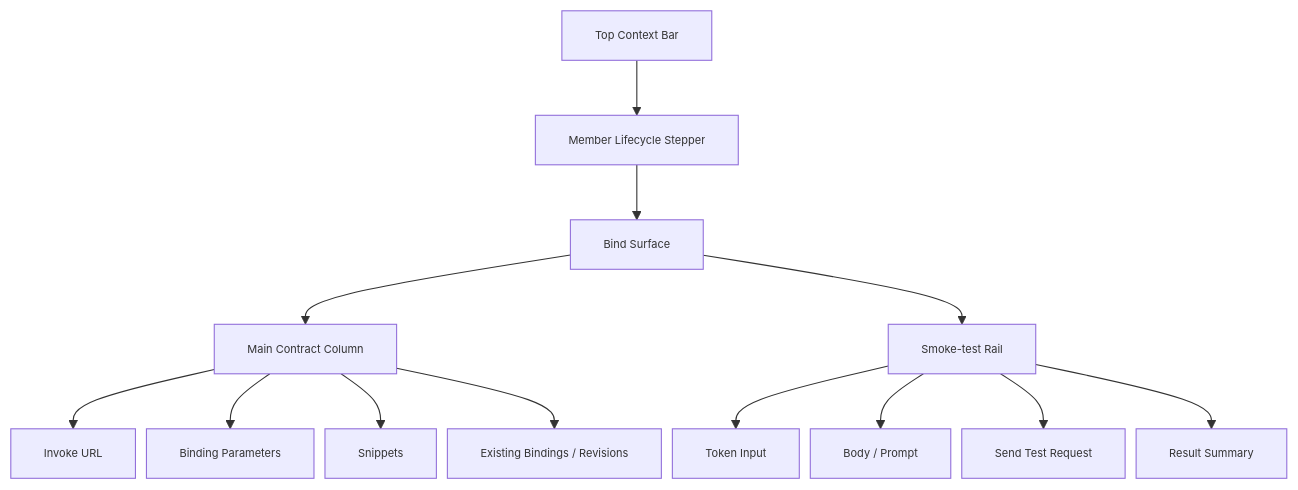
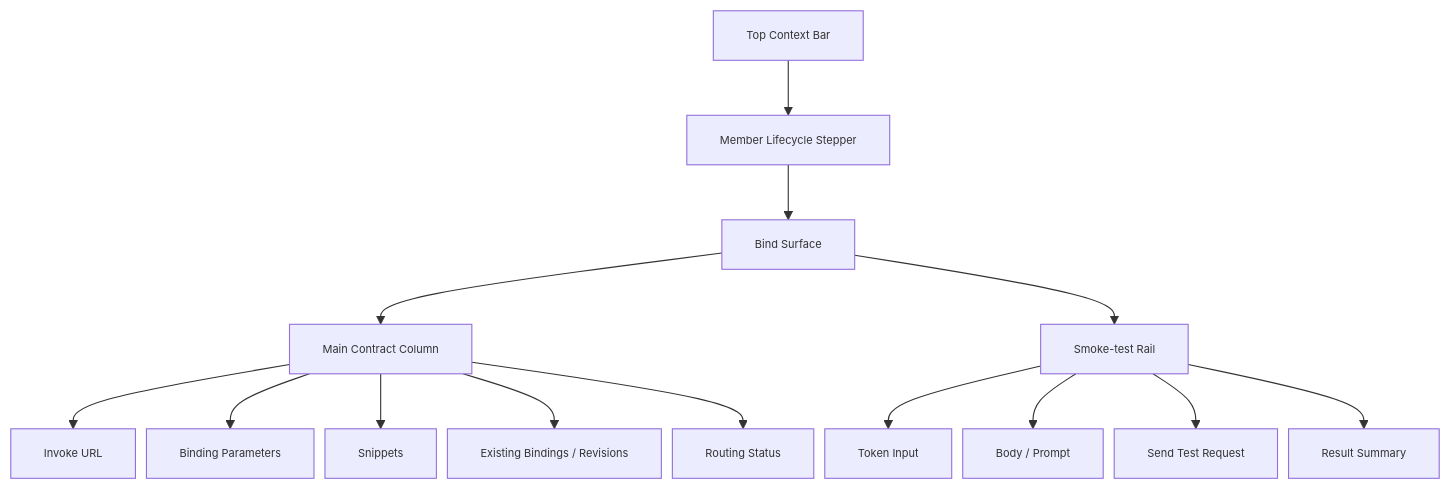
One commit to aevatarAI/aevatar changed the diagram in docs/design/2026-04-21-studio-workflow-bind-information-architecture.md. Above: the diagram before and after it, drawn with Mermaid. The commit also changed other lines of this file and 10 other files, not shown here.

````diff
--- a/docs/design/2026-04-21-studio-workflow-bind-information-architecture.md
+++ b/docs/design/2026-04-21-studio-workflow-bind-information-architecture.md
@@ -104,16 +123,17 @@
 ```mermaid
 %%{init: {"maxTextSize": 100000, "flowchart": {"useMaxWidth": false, "nodeSpacing": 10, "rankSpacing": 50}, "themeVariables": {"fontSize": "10px"}}}%%
 flowchart TB
     A["Top Context Bar"] --> B["Member Lifecycle Stepper"]
     B --> C["Bind Surface"]
     C --> D["Main Contract Column"]
     C --> E["Smoke-test Rail"]
     D --> F["Invoke URL"]
     D --> G["Binding Parameters"]
     D --> H["Snippets"]
     D --> I["Existing Bindings / Revisions"]
-    E --> J["Token Input"]
-    E --> K["Body / Prompt"]
-    E --> L["Send Test Request"]
-    E --> M["Result Summary"]
+    D --> J["Routing Status"]
+    E --> K["Token Input"]
+    E --> L["Body / Prompt"]
+    E --> M["Send Test Request"]
+    E --> N["Result Summary"]
 ```
````
